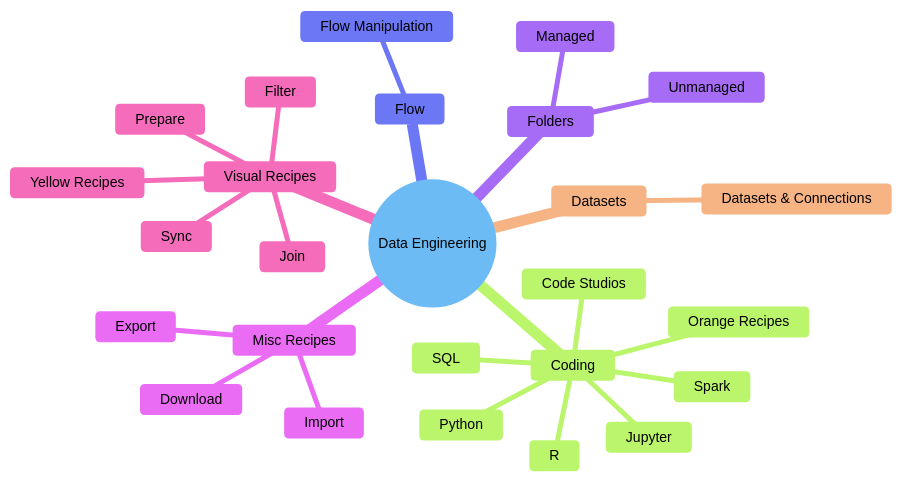
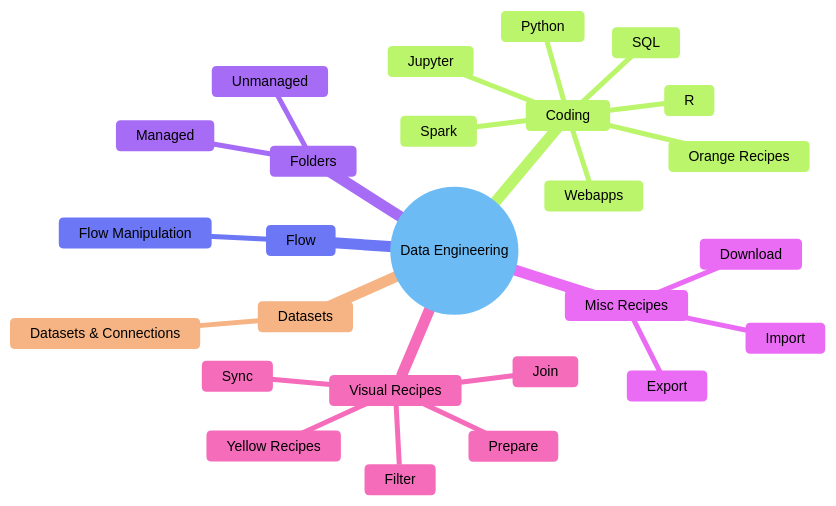
The sixth of 7 diagrams in docs/infrastructure/pulse_usage_categories.md (dataiku/dss-plugin-dataiku-pulse), drawn with Mermaid before and after one commit. The commit also changed other lines of this file and 5 other files, not shown here.

````diff
--- a/docs/infrastructure/pulse_usage_categories.md
+++ b/docs/infrastructure/pulse_usage_categories.md
@@ -155,41 +155,41 @@
 ```mermaid
 %%{init: {
   'theme': 'base',
   'themeVariables': {
     'background': '#ffffff',
     'primaryColor': '#E3F2FD',
     'primaryTextColor': '#000000',
     'primaryBorderColor': '#1E88E5',
     'lineColor': '#333333',
     'fontSize': '14px'
   }
 }}%%
 
 mindmap
   root((Data Engineering))
     Coding
       Python
       R
       SQL
       Spark
       Jupyter
-      Code Studios
+      Webapps
       Orange Recipes
     Datasets
       Datasets & Connections
     Flow
       Flow Manipulation
     Folders
       Managed
       Unmanaged
     Misc Recipes
       Download
       Export
       Import
     Visual Recipes
       Sync
       Prepare
       Join
       Filter
       Yellow Recipes
 ```
````
